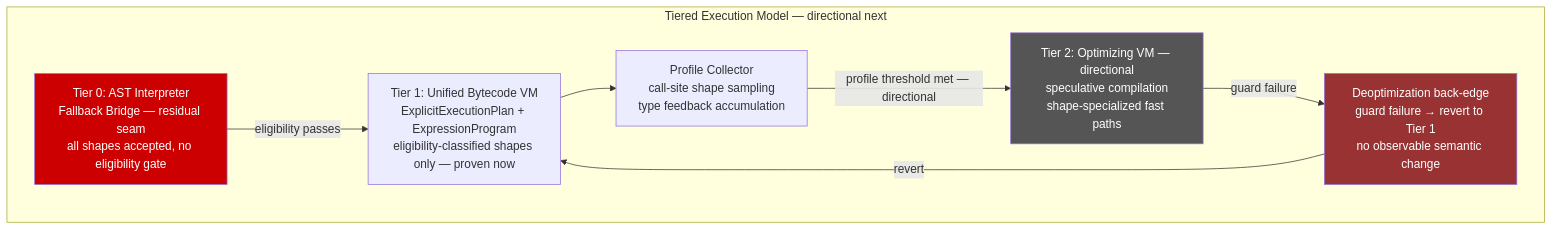
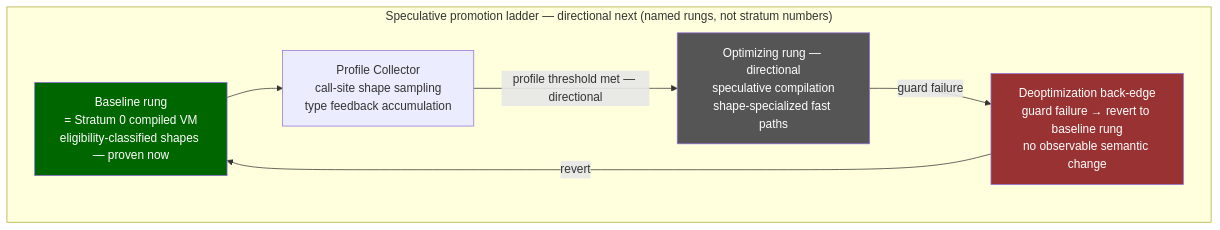
Before and after one commit to asynkron/Asynkron.JsEngine: diagram 17 of 22 in docs/dreaming.md, drawn with Mermaid. The commit also changed other lines of this file, not shown here.

First line of the commit message:
docs(dreaming): self-critique revision — greenfield 2-tier target, exception propagation diagram, unified stratum numbering

````diff
--- a/docs/dreaming.md
+++ b/docs/dreaming.md
@@ -580,20 +677,18 @@
 ```mermaid
 flowchart TB
-    subgraph TierModel["Tiered Execution Model — directional next"]
-        T0["Tier 0: AST Interpreter\nFallback Bridge — residual seam\nall shapes accepted, no eligibility gate"]
+    subgraph Ladder["Speculative promotion ladder — directional next (named rungs, not stratum numbers)"]
+        BASE["Baseline rung\n= Stratum 0 compiled VM\neligibility-classified shapes — proven now"]
         PC["Profile Collector\ncall-site shape sampling\ntype feedback accumulation"]
-        T1["Tier 1: Unified Bytecode VM\nExplicitExecutionPlan + ExpressionProgram\neligibility-classified shapes only — proven now"]
-        T2["Tier 2: Optimizing VM — directional\nspeculative compilation\nshape-specialized fast paths"]
-        DE["Deoptimization back-edge\nguard failure → revert to Tier 1\nno observable semantic change"]
+        OPT["Optimizing rung — directional\nspeculative compilation\nshape-specialized fast paths"]
+        DE["Deoptimization back-edge\nguard failure → revert to baseline rung\nno observable semantic change"]
     end
 
-    T0 -->|eligibility passes| T1
-    T1 --> PC
-    PC -->|profile threshold met — directional| T2
-    T2 -->|guard failure| DE
-    DE -->|revert| T1
+    BASE --> PC
+    PC -->|profile threshold met — directional| OPT
+    OPT -->|guard failure| DE
+    DE -->|revert| BASE
 
-    style T0 fill:#c00,color:#fff
-    style T2 fill:#555,color:#fff
+    style BASE fill:#060,color:#fff
+    style OPT fill:#555,color:#fff
     style DE fill:#933,color:#fff
 ```
````
